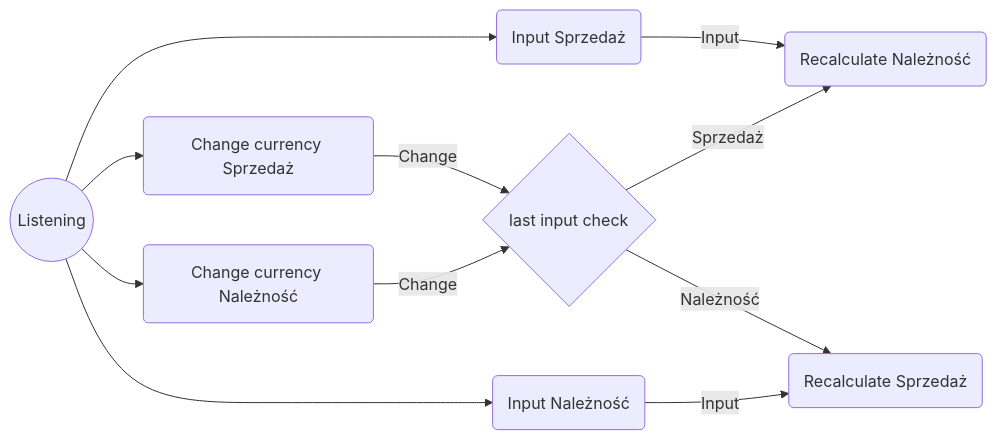
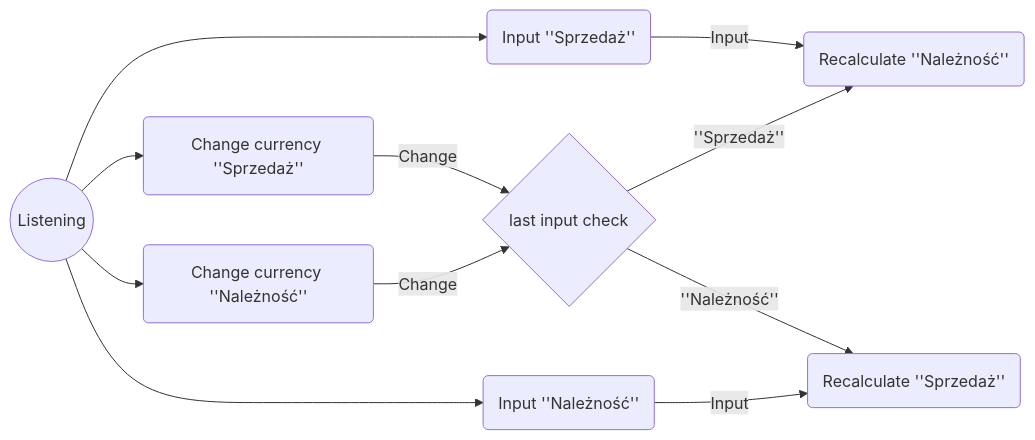
Before and after one commit to HeaderShoter/CurrencyConverter: the diagram in README.md, drawn with Mermaid.

Commit message:
Added quotes to README graph

````diff
--- a/README.md
+++ b/README.md
@@ -18,13 +18,13 @@
 ```mermaid
 graph LR
 X((Listening)) --> A
 X --> B
 X --> C
 X --> D
-A(Input Sprzedaż) -- Input --> E(Recalculate Należność)
-C(Change currency Sprzedaż) -- Change -->G{last input check}
-D(Change currency Należność) -- Change -->G
-G -- Sprzedaż --> E
-G -- Należność --> F
-B(Input Należność) -- Input --> F(Recalculate Sprzedaż)
+A(Input ''Sprzedaż'') -- Input --> E(Recalculate ''Należność'')
+C(Change currency ''Sprzedaż'') -- Change -->G{last input check}
+D(Change currency ''Należność'') -- Change -->G
+G -- ''Sprzedaż'' --> E
+G -- ''Należność'' --> F
+B(Input ''Należność'') -- Input --> F(Recalculate ''Sprzedaż'')
 ```
````
